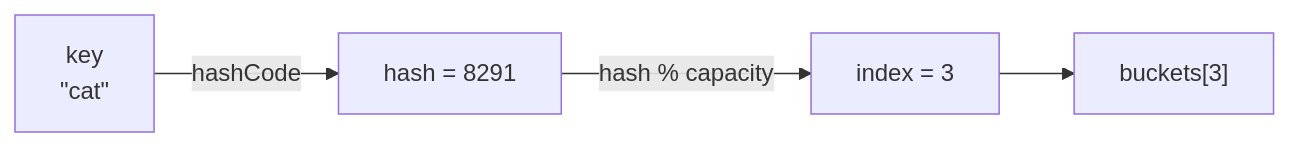
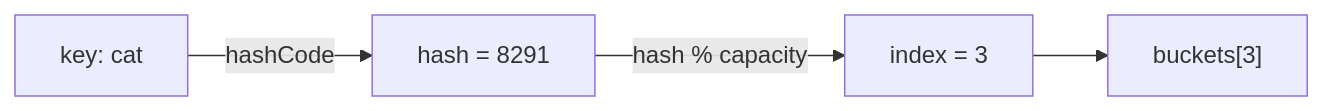
One commit to mohammad-mriesh-job/cortex changed the first of 2 diagrams in src/modules/dsa/content/03-hashing/01-hash-tables.md. Above: the diagram before and after it, drawn with Mermaid. The commit also changed other lines of this file and 257 other files, not shown here.

````diff
--- a/src/modules/dsa/content/03-hashing/01-hash-tables.md
+++ b/src/modules/dsa/content/03-hashing/01-hash-tables.md
@@ -17,6 +17,6 @@
 ```mermaid
 flowchart LR
-  K["key<br/>&quot;cat&quot;"] -->|hashCode| H["hash = 8291"]
+  K["key: cat"] -->|hashCode| H["hash = 8291"]
   H -->|"hash % capacity"| I["index = 3"]
   I --> B["buckets[3]"]
 ```
````
